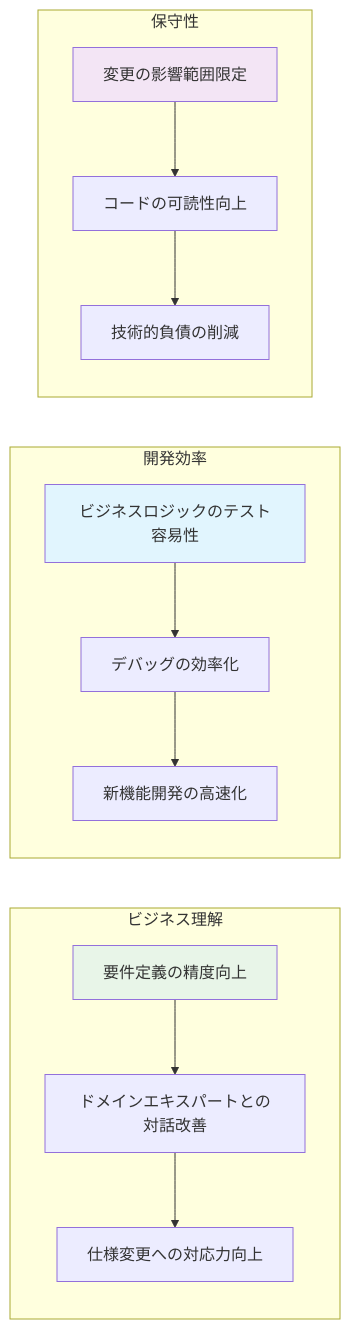
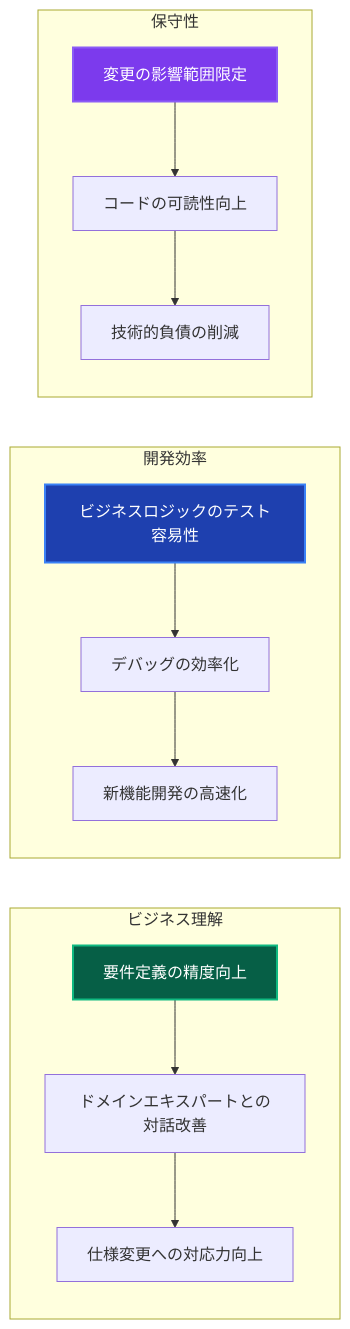
The eighth of 9 diagrams in _DOCS/guides/ddd/concepts/domain-driven-design.md (derushio/d-next-ddd-example), drawn with Mermaid before and after one commit. The commit also changed other lines of this file and 31 other files, not shown here.

Commit message:
🎨: DOCSのMermaid図表カラーテーマを暗色に統一し視認性を向上

````diff
--- a/_DOCS/guides/ddd/concepts/domain-driven-design.md
+++ b/_DOCS/guides/ddd/concepts/domain-driven-design.md
@@ -585,21 +585,21 @@
 ```mermaid
 graph LR
     subgraph "ビジネス理解"
         B1[要件定義の精度向上] --> B2[ドメインエキスパートとの対話改善]
         B2 --> B3[仕様変更への対応力向上]
     end
     
     subgraph "開発効率"
         D1[ビジネスロジックのテスト容易性] --> D2[デバッグの効率化]
         D2 --> D3[新機能開発の高速化]
     end
     
     subgraph "保守性"
         M1[変更の影響範囲限定] --> M2[コードの可読性向上]
         M2 --> M3[技術的負債の削減]
     end
     
-    style B1 fill:#e8f5e8
-    style D1 fill:#e1f5fe
-    style M1 fill:#f3e5f5
+    style B1 fill:#065f46,stroke:#10b981,stroke-width:2px,color:#ffffff fill:#065f46,stroke:#10b981,stroke-width:2px,color:#ffffff
+    style D1 fill:#1e40af,stroke:#3b82f6,stroke-width:2px,color:#ffffff fill:#1e40af,stroke:#3b82f6,stroke-width:2px,color:#ffffff
+    style M1 fill:#7c3aed,stroke:#8b5cf6,stroke-width:2px,color:#ffffff fill:#7c3aed,stroke:#8b5cf6,stroke-width:2px,color:#ffffff
 ```
````
